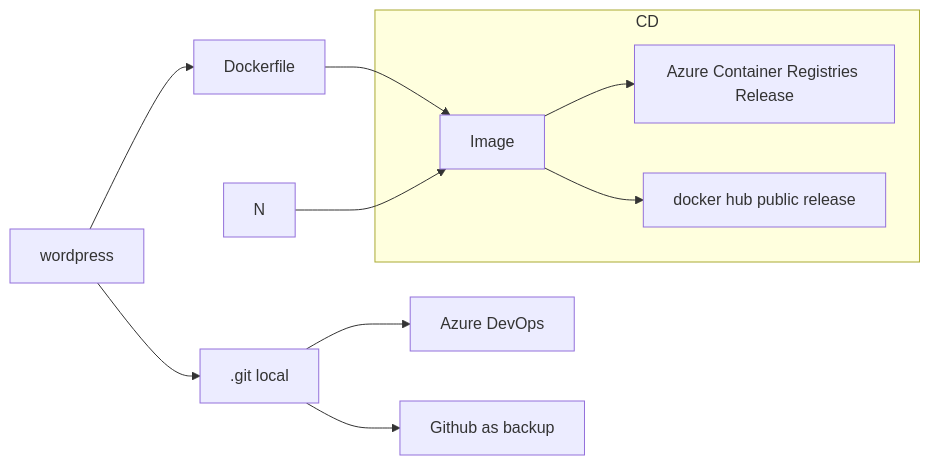
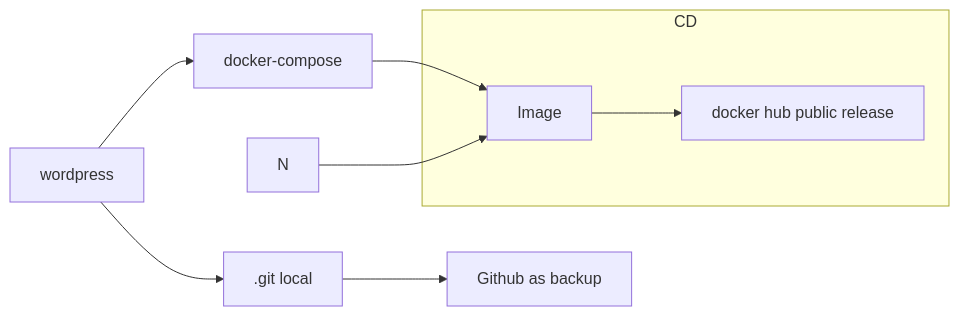
One commit to DanyAAD90/CICD_complete_from_scratch changed the diagram in README.md. Above: the diagram before and after it, drawn with Mermaid.

````diff
--- a/README.md
+++ b/README.md
@@ -5,13 +5,11 @@
 ```mermaid
 flowchart LR
 A[wordpress] --> B[.git local]
-B --> C[Azure DevOps]
 B --> D[Github as backup]
-A --> G[Dockerfile]
+A --> G[docker-compose]
 G --> H[Image]
 subgraph CD
-H --> I[Azure Container Registries Release]
 H --> L[docker hub public release]
 end
 N --> H
 ```
````
